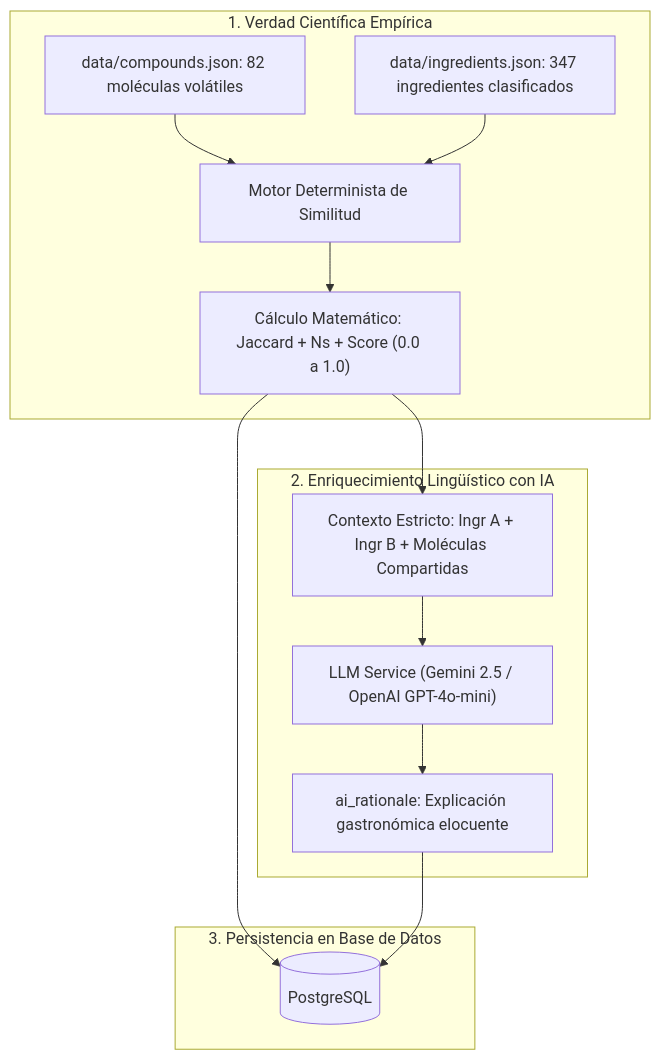
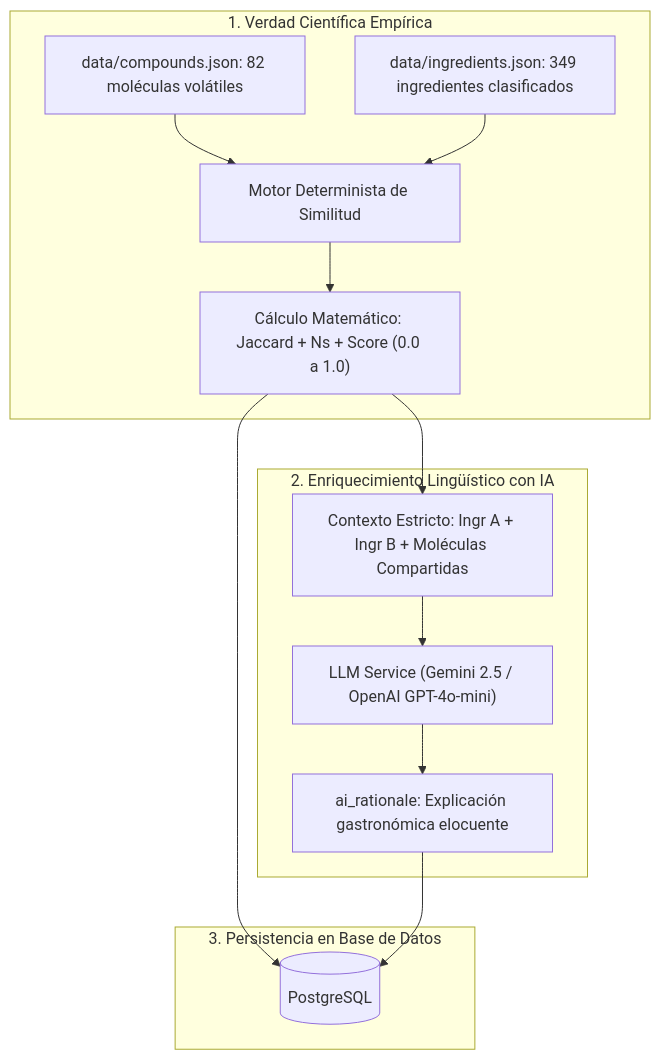
Before and after one commit to prueba-error/mapa-de-sabores: the diagram in docs/JUSTIFICACION_TEORICA_FOOD_PAIRING.md, drawn with Mermaid. The commit also changed 2 other files, not shown here.

Commit message:
feat(data): add whisky and bourbon and update beverage catalog

````diff
--- a/docs/JUSTIFICACION_TEORICA_FOOD_PAIRING.md
+++ b/docs/JUSTIFICACION_TEORICA_FOOD_PAIRING.md
@@ -87,21 +87,21 @@
 ```mermaid
 flowchart TD
     subgraph DataScientia [1. Verdad Científica Empírica]
         D1[data/compounds.json: 82 moléculas volátiles]
-        D2[data/ingredients.json: 347 ingredientes clasificados]
+        D2[data/ingredients.json: 349 ingredientes clasificados]
         D1 --> CALC[Motor Determinista de Similitud]
         D2 --> CALC
         CALC --> RES["Cálculo Matemático: Jaccard + Ns + Score (0.0 a 1.0)"]
     end
 
     subgraph LLMRole [2. Enriquecimiento Lingüístico con IA]
         RES --> PROMPT["Contexto Estricto: Ingr A + Ingr B + Moléculas Compartidas"]
         PROMPT --> LLM["LLM Service (Gemini 2.5 / OpenAI GPT-4o-mini)"]
         LLM --> TEXT["ai_rationale: Explicación gastronómica elocuente"]
     end
 
     subgraph Storage [3. Persistencia en Base de Datos]
         RES --> DB[(PostgreSQL)]
         TEXT --> DB
     end
 ```
````
